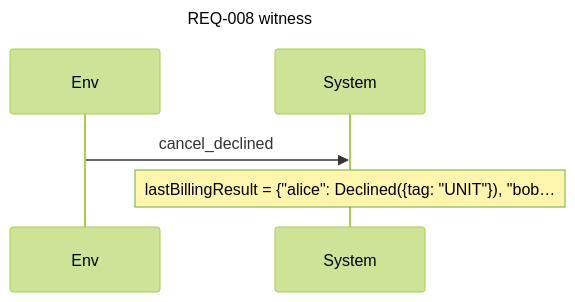
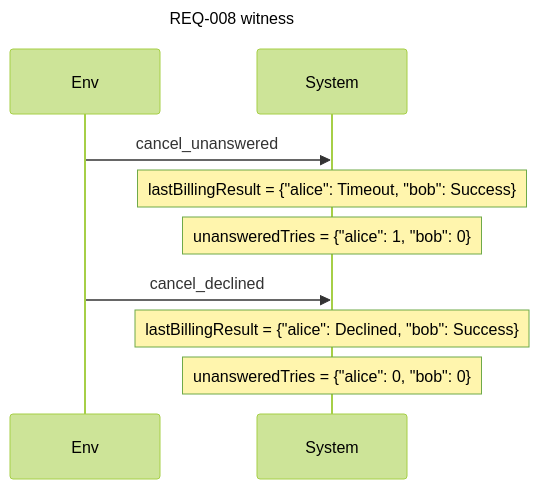
One commit to AlesKracik/quintessence changed the seventh of 8 diagrams in examples/specs/subscription.readback.md. Above: the diagram before and after it, drawn with Mermaid (forest theme). The commit also changed other lines of this file and 53 other files, not shown here.

````diff
--- a/examples/specs/subscription.readback.md
+++ b/examples/specs/subscription.readback.md
@@ -580,8 +596,12 @@
 ```mermaid
 sequenceDiagram
     title REQ-008 witness
     participant E as Env
     participant S as System
+    E->>S: cancel_unanswered
+    Note over S: lastBillingResult = {"alice": Timeout, "bob": Success}
+    Note over S: unansweredTries = {"alice": 1, "bob": 0}
     E->>S: cancel_declined
-    Note over S: lastBillingResult = {"alice": Declined({tag: "UNIT"}), "bob…
+    Note over S: lastBillingResult = {"alice": Declined, "bob": Success}
+    Note over S: unansweredTries = {"alice": 0, "bob": 0}
 ```
````
